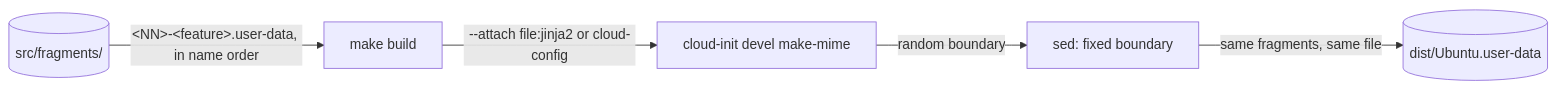
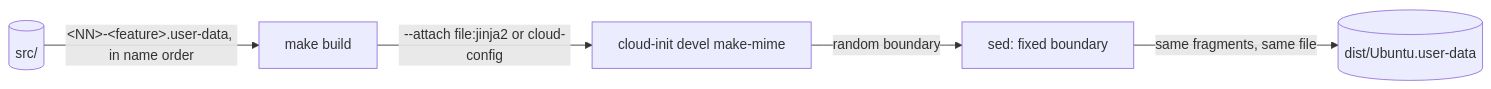
The diagram in docs/build.md (froazin/wsl), drawn with Mermaid before and after one commit. The commit also changed other lines of this file and 26 other files, not shown here.

````diff
--- a/docs/build.md
+++ b/docs/build.md
@@ -21,9 +21,9 @@
 ```mermaid
 flowchart LR
     accTitle: How make build turns the fragments into the user-data
-    accDescr: make build passes every fragment in src/fragments, in file name order, to cloud-init devel make-mime as a jinja2 or cloud-config part. sed replaces make-mime's random MIME boundary with a fixed one, and the result is dist/Ubuntu.user-data.
-    fragments[("src/fragments/")] -->|"#lt;NN#gt;-#lt;feature#gt;.user-data, in name order"| make["make build"]
+    accDescr: make build passes every fragment in src, in file name order, to cloud-init devel make-mime as a jinja2 or cloud-config part. sed replaces make-mime's random MIME boundary with a fixed one, and the result is dist/Ubuntu.user-data.
+    fragments[("src/")] -->|"#lt;NN#gt;-#lt;feature#gt;.user-data, in name order"| make["make build"]
     make -->|"--attach file:jinja2 or cloud-config"| mime["cloud-init devel make-mime"]
     mime -->|"random boundary"| sed["sed: fixed boundary"]
     sed -->|"same fragments, same file"| dist[("dist/Ubuntu.user-data")]
 ```
````
